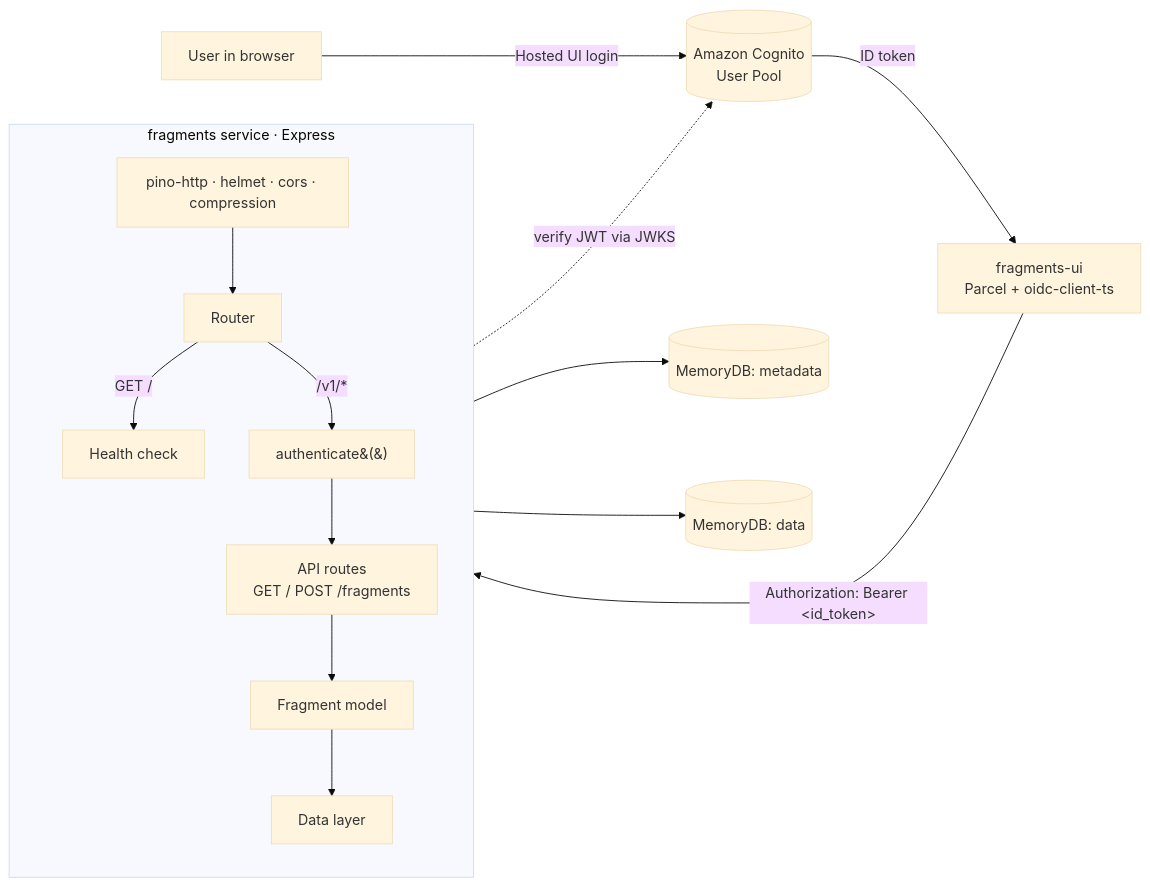
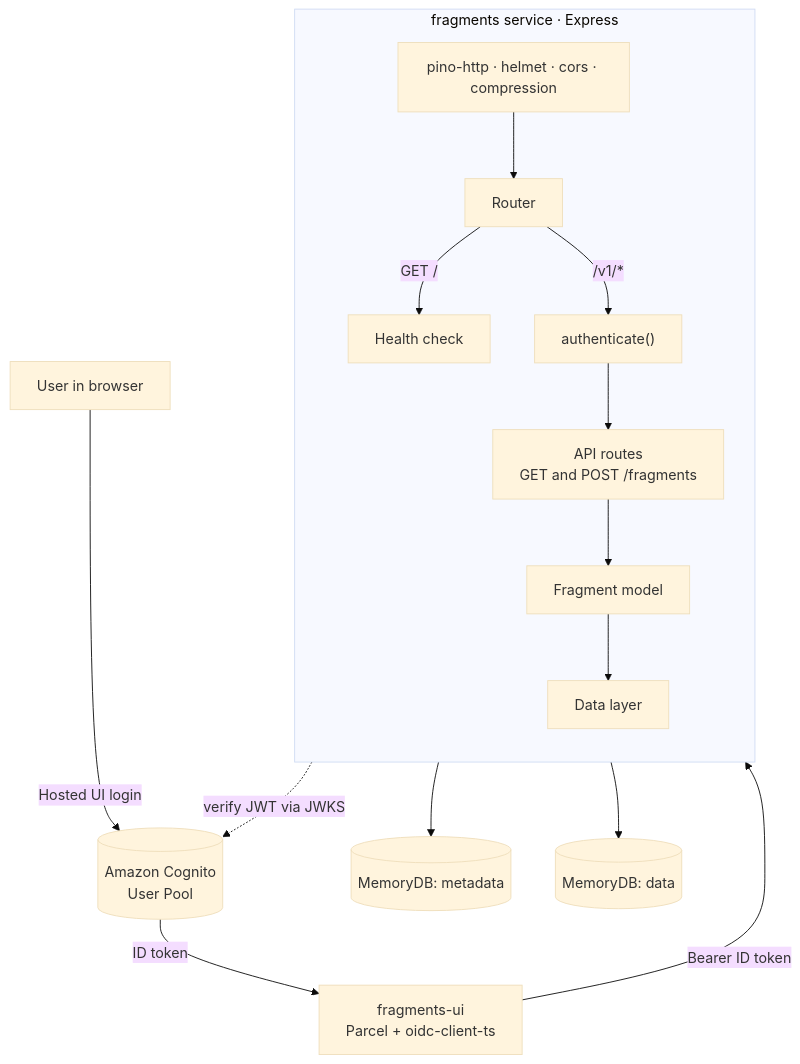
Before and after one commit to natashaejercito/fragments-case-study: the first of 2 diagrams in README.md, drawn with Mermaid (base theme).

Commit message:
Fix Mermaid syntax in README architecture diagram

````diff
--- a/README.md
+++ b/README.md
@@ -69,20 +69,20 @@
 ```mermaid
-flowchart LR
+flowchart TB
     U[User in browser] -->|Hosted UI login| C[(Amazon Cognito<br/>User Pool)]
     C -->|ID token| UI[fragments-ui<br/>Parcel + oidc-client-ts]
-    UI -->|"Authorization: Bearer &lt;id_token&gt;"| API
+    UI -->|"Bearer ID token"| API
 
     subgraph API[fragments service · Express]
       direction TB
       MW[pino-http · helmet · cors · compression] --> R[Router]
-      R -->|GET /| H[Health check]
-      R -->|/v1/*| A[authenticate&#40;&#41;]
-      A --> V1[API routes<br/>GET / POST /fragments]
+      R -->|"GET /"| H[Health check]
+      R -->|"/v1/*"| A["authenticate()"]
+      A --> V1["API routes<br/>GET and POST /fragments"]
       V1 --> M[Fragment model]
       M --> D[Data layer]
     end
 
-    A -.verify JWT via JWKS.-> C
+    A -. "verify JWT via JWKS" .-> C
     D --> MEM[(MemoryDB: metadata)]
     D --> BLOB[(MemoryDB: data)]
 ```
````
